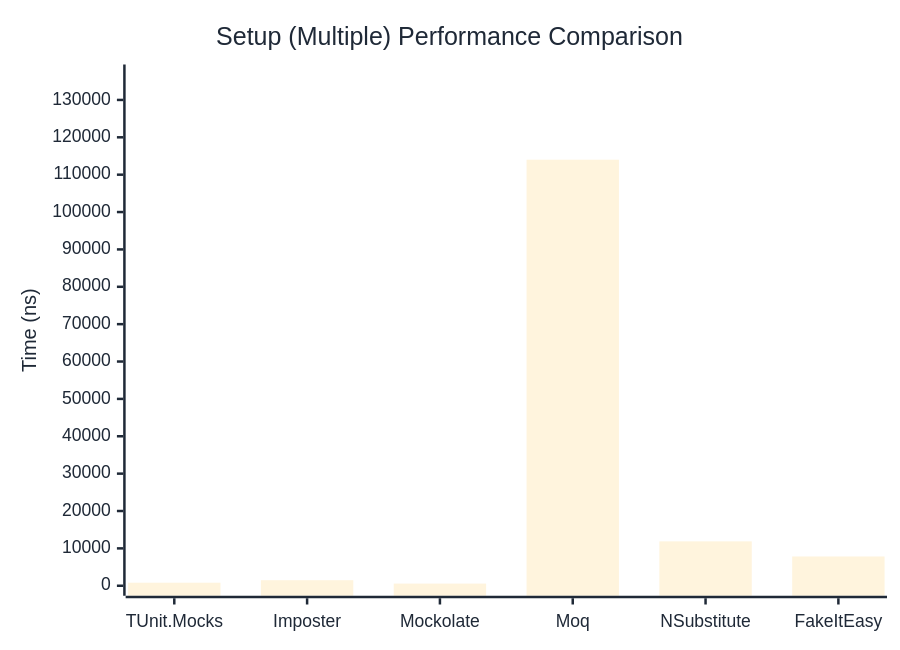
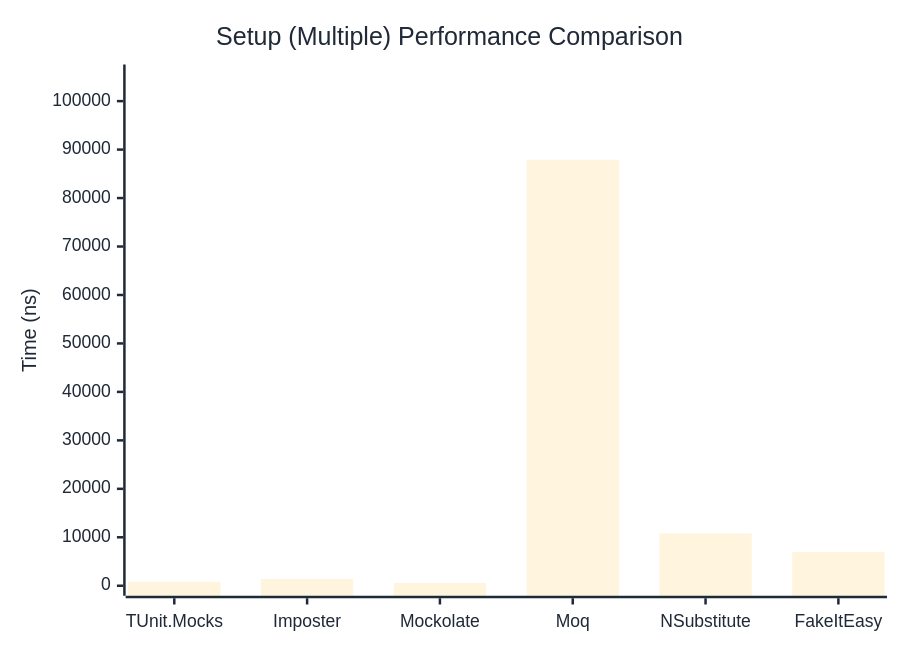
Before and after one commit to thomhurst/TUnit: the second of 2 diagrams in docs/docs/benchmarks/mocks/Setup.md, drawn with Mermaid. The commit also changed other lines of this file and 14 other files, not shown here.

````diff
--- a/docs/docs/benchmarks/mocks/Setup.md
+++ b/docs/docs/benchmarks/mocks/Setup.md
@@ -71,27 +71,27 @@
 ```mermaid
 %%{init: {
   'theme':'base',
   'themeVariables': {
     'primaryColor': '#2563eb',
     'primaryTextColor': '#1f2937',
     'primaryBorderColor': '#1e40af',
     'lineColor': '#6b7280',
     'secondaryColor': '#7c3aed',
     'tertiaryColor': '#dc2626',
     'background': '#ffffff',
     'pie1': '#2563eb',
     'pie2': '#7c3aed',
     'pie3': '#dc2626',
     'pie4': '#f59e0b',
     'pie5': '#10b981',
     'pie6': '#06b6d4',
     'pie7': '#ec4899',
     'pie8': '#6366f1'
   }
 }}%%
 xychart-beta
   title "Setup (Multiple) Performance Comparison"
   x-axis ["TUnit.Mocks", "Imposter", "Mockolate", "Moq", "NSubstitute", "FakeItEasy"]
-  y-axis "Time (ns)" 0 --> 136807
-  bar [815.5, 1479.5, 581.4, 114005.4, 11875.4, 7836.1]
+  y-axis "Time (ns)" 0 --> 105495
+  bar [807.8, 1391.3, 565.4, 87912.4, 10799.3, 6970.8]
 ```
````
